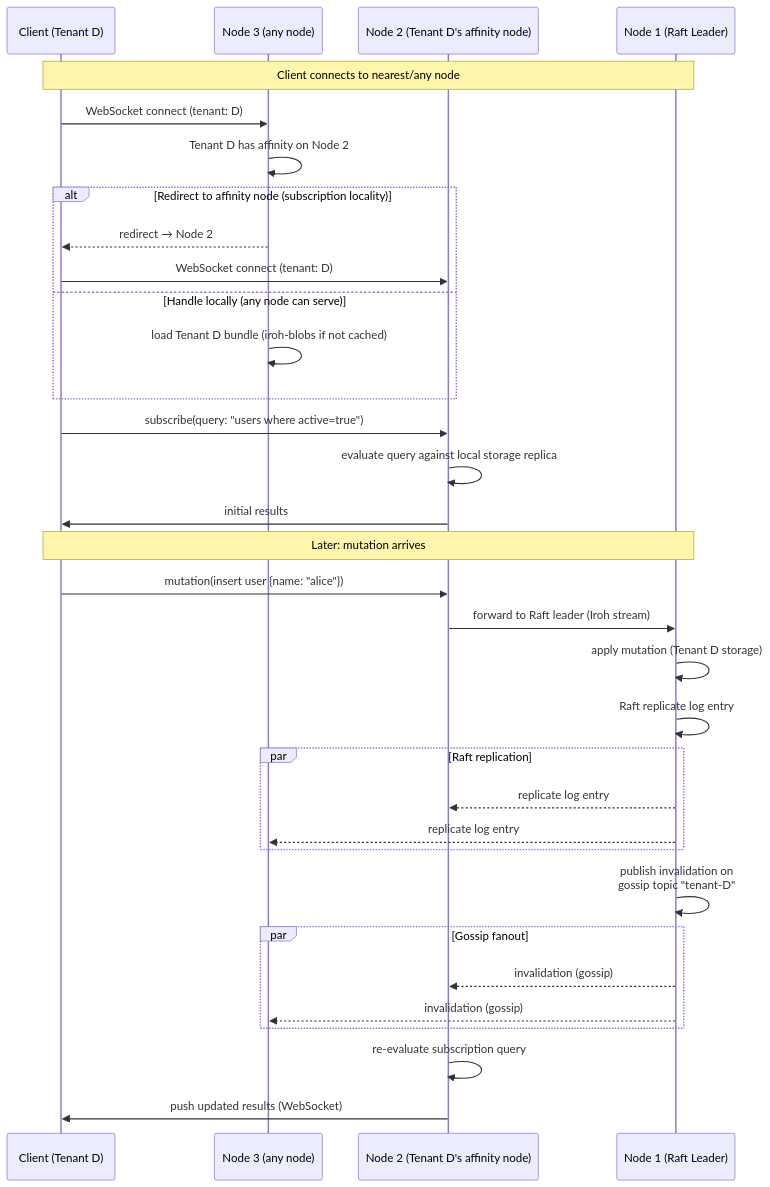
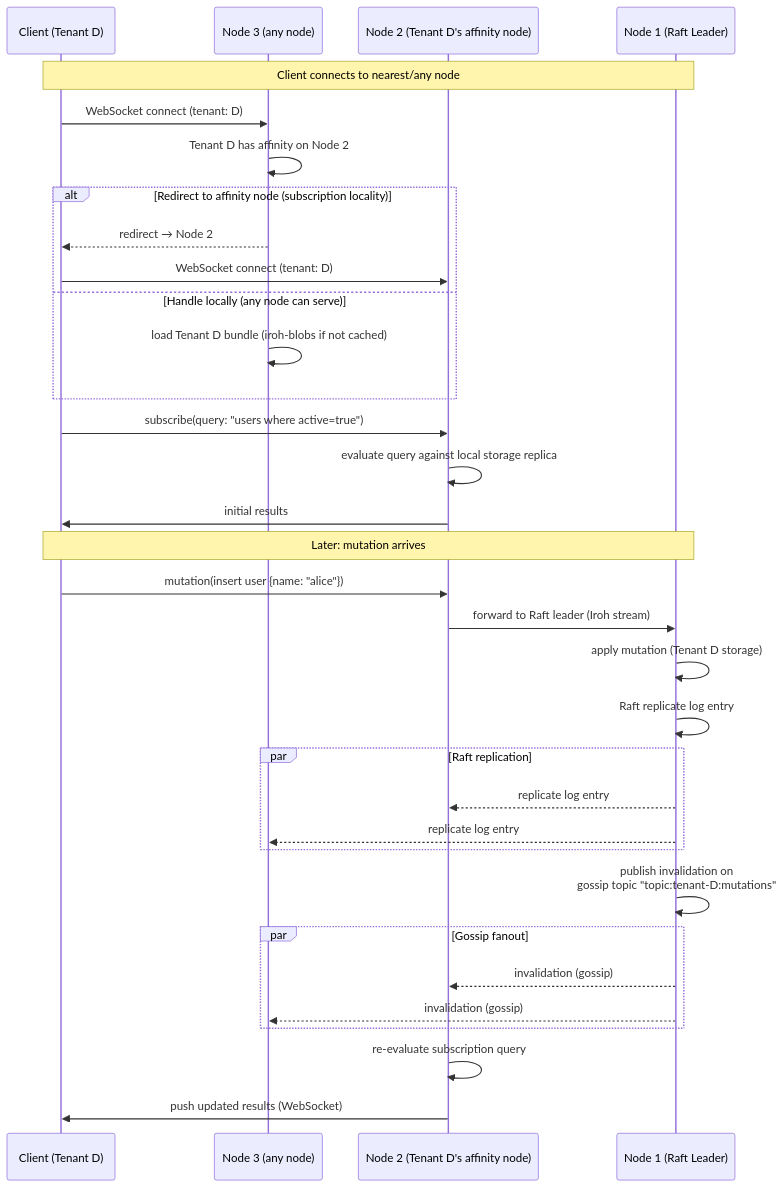
One commit to nimbus/nimbus changed diagram 23 of 28 in docs/architecture/horizontal-scaling.md. Above: the diagram before and after it, drawn with Mermaid. The commit also changed other lines of this file and 10 other files, not shown here.

````diff
--- a/docs/architecture/horizontal-scaling.md
+++ b/docs/architecture/horizontal-scaling.md
@@ -1308,45 +1309,45 @@
 ```mermaid
 sequenceDiagram
     participant Client as Client (Tenant D)
     participant N3 as Node 3 (any node)
     participant N2 as Node 2 (Tenant D's affinity node)
     participant N1 as Node 1 (Raft Leader)
 
     Note over Client,N1: Client connects to nearest/any node
 
     Client->>N3: WebSocket connect (tenant: D)
     N3->>N3: Tenant D has affinity on Node 2
 
     alt Redirect to affinity node (subscription locality)
         N3-->>Client: redirect → Node 2
         Client->>N2: WebSocket connect (tenant: D)
     else Handle locally (any node can serve)
         N3->>N3: load Tenant D bundle (iroh-blobs if not cached)
     end
 
     Client->>N2: subscribe(query: "users where active=true")
     N2->>N2: evaluate query against local storage replica
     N2->>Client: initial results
 
     Note over Client,N1: Later: mutation arrives
 
     Client->>N2: mutation(insert user {name: "alice"})
     N2->>N1: forward to Raft leader (Iroh stream)
     N1->>N1: apply mutation (Tenant D storage)
     N1->>N1: Raft replicate log entry
 
     par Raft replication
         N1-->>N2: replicate log entry
         N1-->>N3: replicate log entry
     end
 
-    N1->>N1: publish invalidation on<br/>gossip topic "tenant-D"
+    N1->>N1: publish invalidation on<br/>gossip topic "topic:tenant-D:mutations"
 
     par Gossip fanout
         N1-->>N2: invalidation (gossip)
         N1-->>N3: invalidation (gossip)
     end
 
     N2->>N2: re-evaluate subscription query
     N2->>Client: push updated results (WebSocket)
 ```
````
